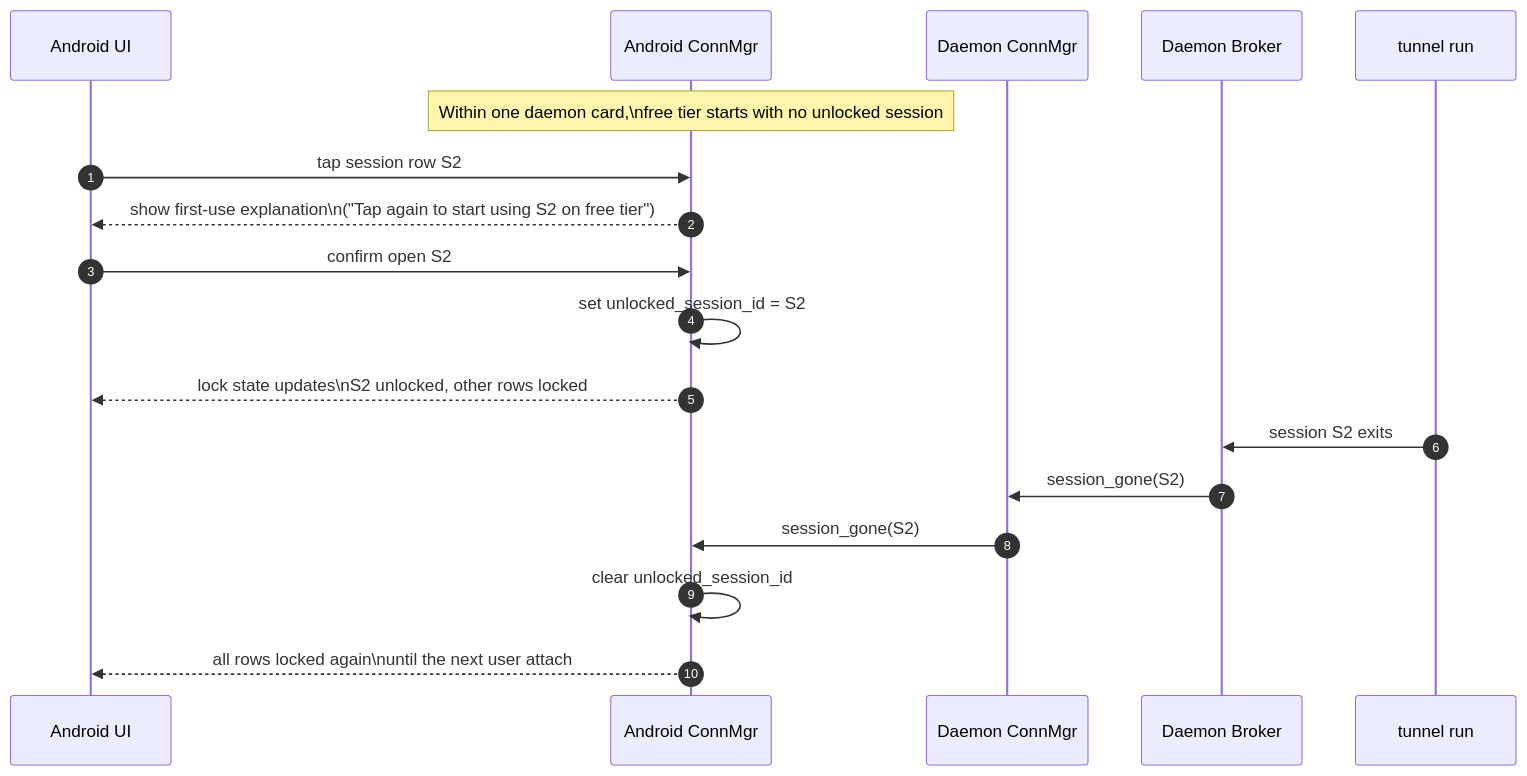
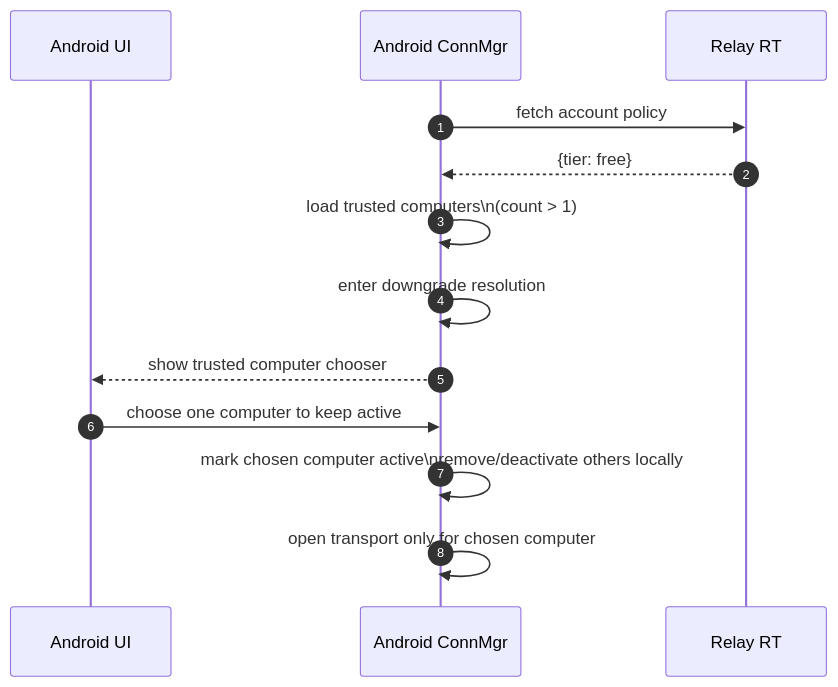
Before and after one commit to yuanbohan/agent-tunnel: the eighth of 9 diagrams in docs/connectivity/reference/sequence-flows.md, drawn with Mermaid. The commit also changed other lines of this file and 23 other files, not shown here.

Commit message:
refactor: simplify free/pro tier

````diff
--- a/docs/connectivity/reference/sequence-flows.md
+++ b/docs/connectivity/reference/sequence-flows.md
@@ -302,23 +342,16 @@
 ```mermaid
 sequenceDiagram
     autonumber
     participant AndroidUI as Android UI
     participant AndroidConn as Android ConnMgr
-    participant DaemonConn as Daemon ConnMgr
-    participant DaemonBroker as Daemon Broker
-    participant TunnelRun as tunnel run
+    participant RelayRT as Relay RT
 
-    Note over AndroidConn: Within one daemon card,\nfree tier starts with no unlocked session
-
-    AndroidUI->>AndroidConn: tap session row S2
-    AndroidConn-->>AndroidUI: show first-use explanation\n("Tap again to start using S2 on free tier")
-    AndroidUI->>AndroidConn: confirm open S2
-    AndroidConn->>AndroidConn: set unlocked_session_id = S2
-    AndroidConn-->>AndroidUI: lock state updates\nS2 unlocked, other rows locked
-
-    TunnelRun->>DaemonBroker: session S2 exits
-    DaemonBroker->>DaemonConn: session_gone(S2)
-    DaemonConn->>AndroidConn: session_gone(S2)
-    AndroidConn->>AndroidConn: clear unlocked_session_id
-    AndroidConn-->>AndroidUI: all rows locked again\nuntil the next user attach
+    AndroidConn->>RelayRT: fetch account policy
+    RelayRT-->>AndroidConn: {tier: free}
+    AndroidConn->>AndroidConn: load trusted computers\n(count > 1)
+    AndroidConn->>AndroidConn: enter downgrade resolution
+    AndroidConn-->>AndroidUI: show trusted computer chooser
+    AndroidUI->>AndroidConn: choose one computer to keep active
+    AndroidConn->>AndroidConn: mark chosen computer active\nremove/deactivate others locally
+    AndroidConn->>AndroidConn: open transport only for chosen computer
 ```
````
